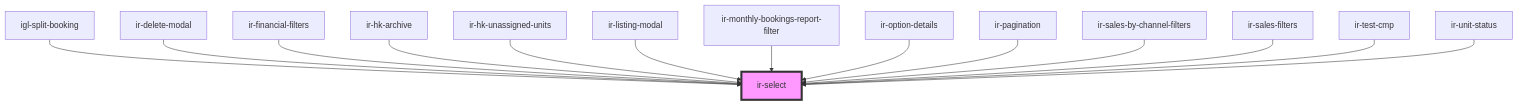
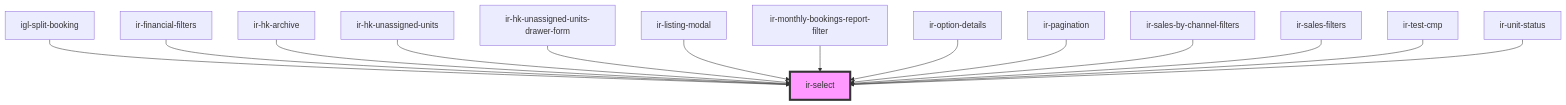
One commit to RonyRizk/ir-webcmp changed the diagram in src/components/ui/ir-select/readme.md. Above: the diagram before and after it, drawn with Mermaid. The commit also changed other lines of this file and 54 other files, not shown here.

````diff
--- a/src/components/ui/ir-select/readme.md
+++ b/src/components/ui/ir-select/readme.md
@@ -76,17 +76,17 @@
 ```mermaid
 graph TD;
   igl-split-booking --> ir-select
-  ir-delete-modal --> ir-select
   ir-financial-filters --> ir-select
   ir-hk-archive --> ir-select
   ir-hk-unassigned-units --> ir-select
+  ir-hk-unassigned-units-drawer-form --> ir-select
   ir-listing-modal --> ir-select
   ir-monthly-bookings-report-filter --> ir-select
   ir-option-details --> ir-select
   ir-pagination --> ir-select
   ir-sales-by-channel-filters --> ir-select
   ir-sales-filters --> ir-select
   ir-test-cmp --> ir-select
   ir-unit-status --> ir-select
   style ir-select fill:#f9f,stroke:#333,stroke-width:4px
 ```
````
